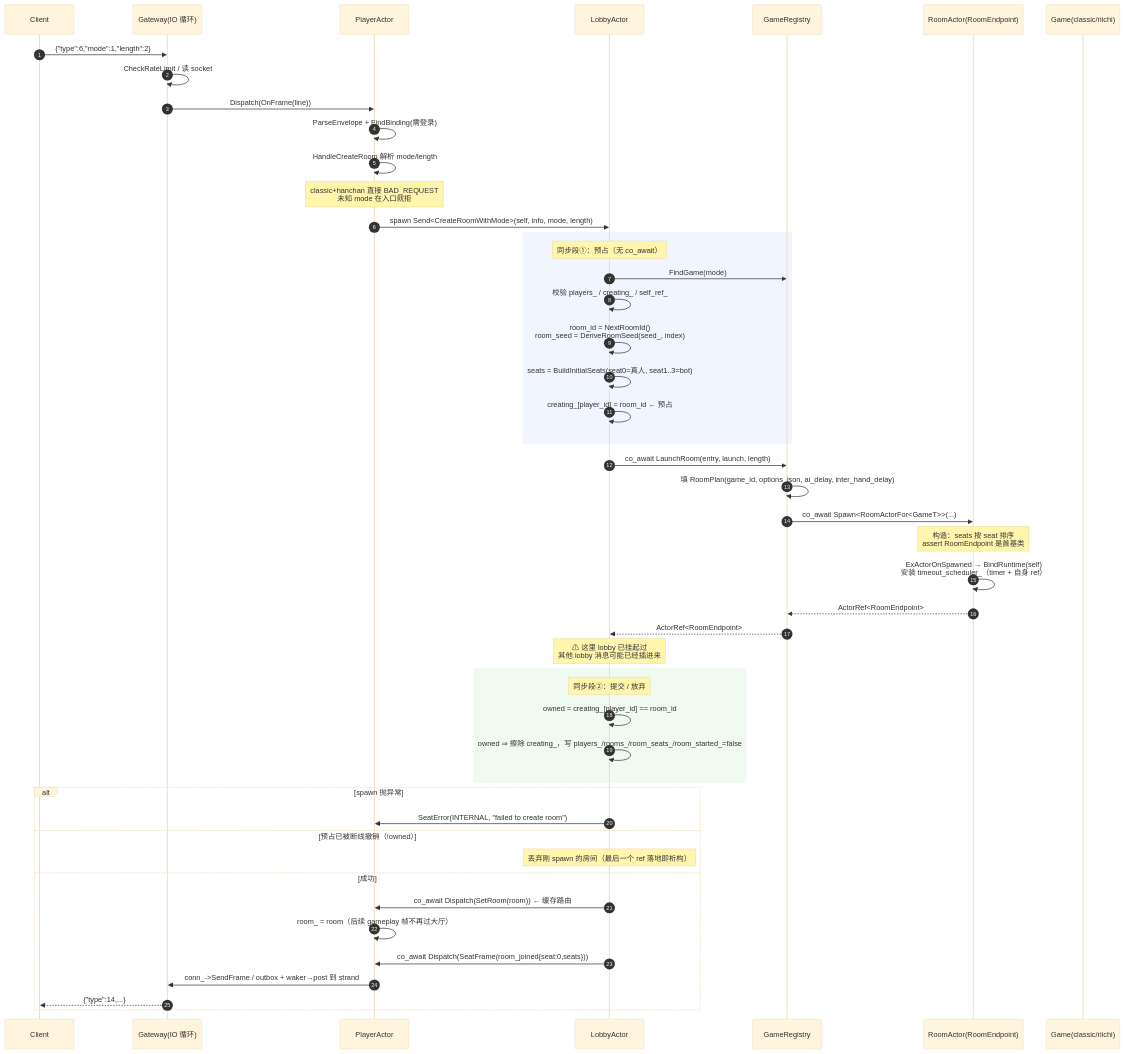
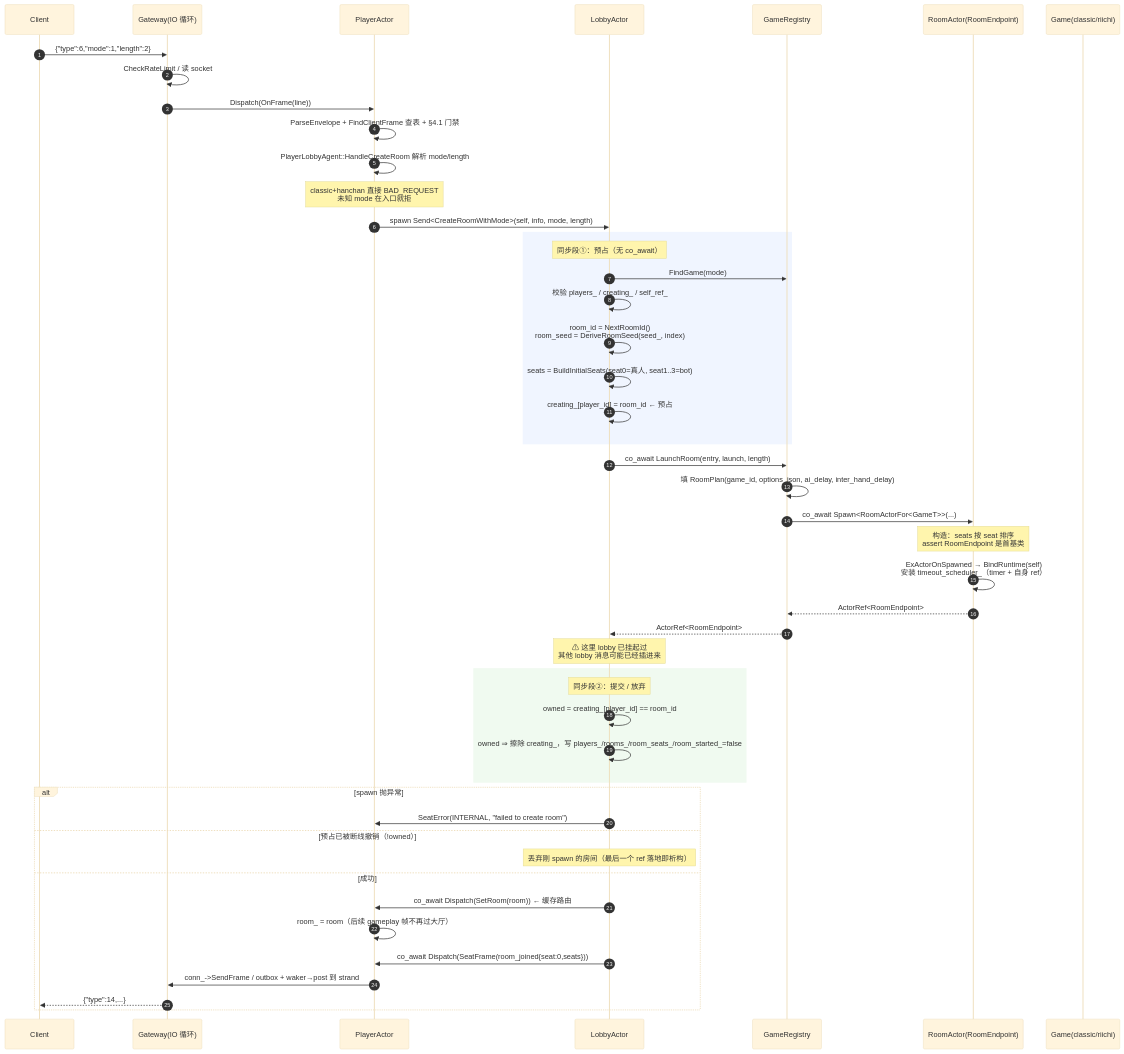
One commit to lixueming123/mahjong changed the first of 3 diagrams in game/docs/LOBBY_ROOM_FLOW.md. Above: the diagram before and after it, drawn with Mermaid (base theme). The commit also changed other lines of this file and 14 other files, not shown here.

````diff
--- a/game/docs/LOBBY_ROOM_FLOW.md
+++ b/game/docs/LOBBY_ROOM_FLOW.md
@@ -41,55 +41,55 @@
 ```mermaid
 sequenceDiagram
     autonumber
     participant C as Client
     participant GW as Gateway(IO 循环)
     participant PA as PlayerActor
     participant LB as LobbyActor
     participant REG as GameRegistry
     participant RA as RoomActor(RoomEndpoint)
     participant G as Game(classic/riichi)
 
     C->>GW: {"type":6,"mode":1,"length":2}
     GW->>GW: CheckRateLimit / 读 socket
     GW->>PA: Dispatch(OnFrame(line))
-    PA->>PA: ParseEnvelope + FindBinding(需登录)
-    PA->>PA: HandleCreateRoom 解析 mode/length
+    PA->>PA: ParseEnvelope + FindClientFrame 查表 + §4.1 门禁
+    PA->>PA: PlayerLobbyAgent::HandleCreateRoom 解析 mode/length
     Note over PA: classic+hanchan 直接 BAD_REQUEST<br/>未知 mode 在入口就拒
     PA->>LB: spawn Send<CreateRoomWithMode>(self, info, mode, length)
 
     rect rgb(240,245,255)
     Note over LB: 同步段①：预占（无 co_await）
     LB->>REG: FindGame(mode)
     LB->>LB: 校验 players_ / creating_ / self_ref_
     LB->>LB: room_id = NextRoomId()<br/>room_seed = DeriveRoomSeed(seed_, index)
     LB->>LB: seats = BuildInitialSeats(seat0=真人, seat1..3=bot)
     LB->>LB: creating_[player_id] = room_id  ← 预占
     end
 
     LB->>REG: co_await LaunchRoom(entry, launch, length)
     REG->>REG: 填 RoomPlan(game_id, options_json, ai_delay, inter_hand_delay)
     REG->>RA: co_await Spawn<RoomActorFor<GameT>>(...)
     Note over RA: 构造：seats 按 seat 排序<br/>assert RoomEndpoint 是首基类
     RA->>RA: ExActorOnSpawned → BindRuntime(self)<br/>安装 timeout_scheduler_（timer + 自身 ref）
     RA-->>REG: ActorRef<RoomEndpoint>
     REG-->>LB: ActorRef<RoomEndpoint>
     Note over LB: ⚠ 这里 lobby 已挂起过<br/>其他 lobby 消息可能已经插进来
 
     rect rgb(240,250,240)
     Note over LB: 同步段②：提交 / 放弃
     LB->>LB: owned = creating_[player_id] == room_id
     LB->>LB: owned ⇒ 擦除 creating_，写 players_/rooms_/room_seats_/room_started_=false
     end
 
     alt spawn 抛异常
         LB->>PA: SeatError(INTERNAL, "failed to create room")
     else 预占已被断线撤销（!owned）
         Note over LB: 丢弃刚 spawn 的房间（最后一个 ref 落地即析构）
     else 成功
         LB->>PA: co_await Dispatch(SetRoom(room))  ← 缓存路由
         PA->>PA: room_ = room（后续 gameplay 帧不再过大厅）
         LB->>PA: co_await Dispatch(SeatFrame(room_joined{seat:0,seats}))
         PA->>GW: conn_->SendFrame / outbox + waker→post 到 strand
         GW-->>C: {"type":14,...}
     end
 ```
````
